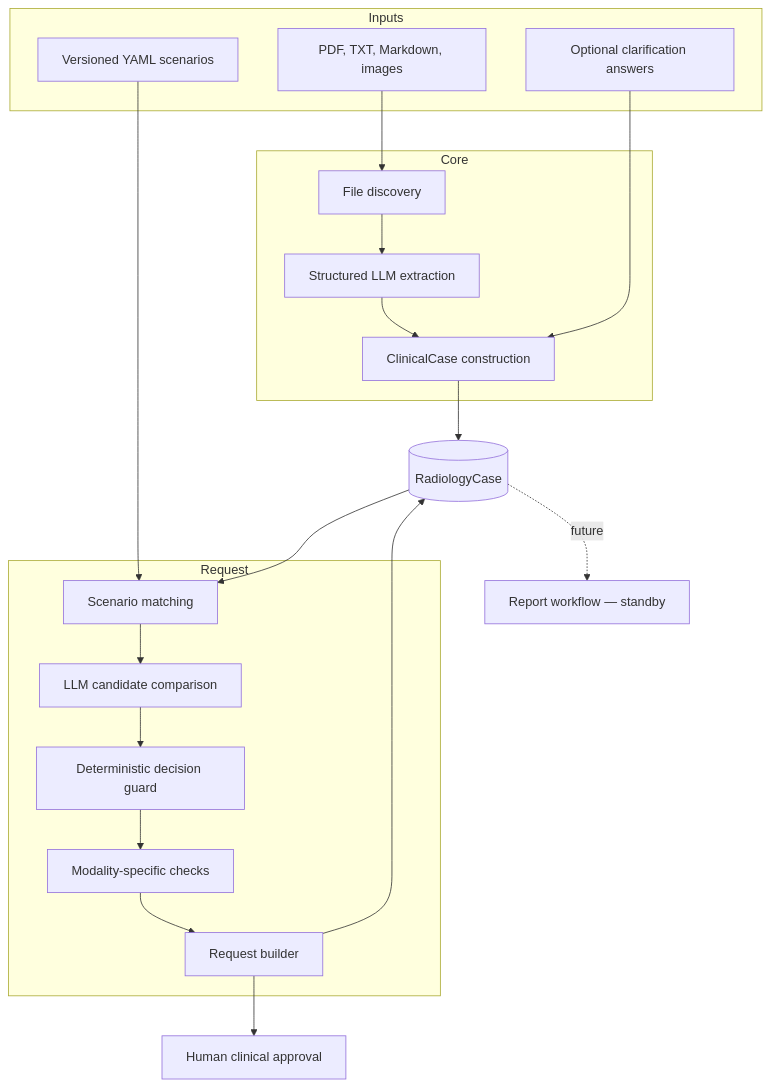
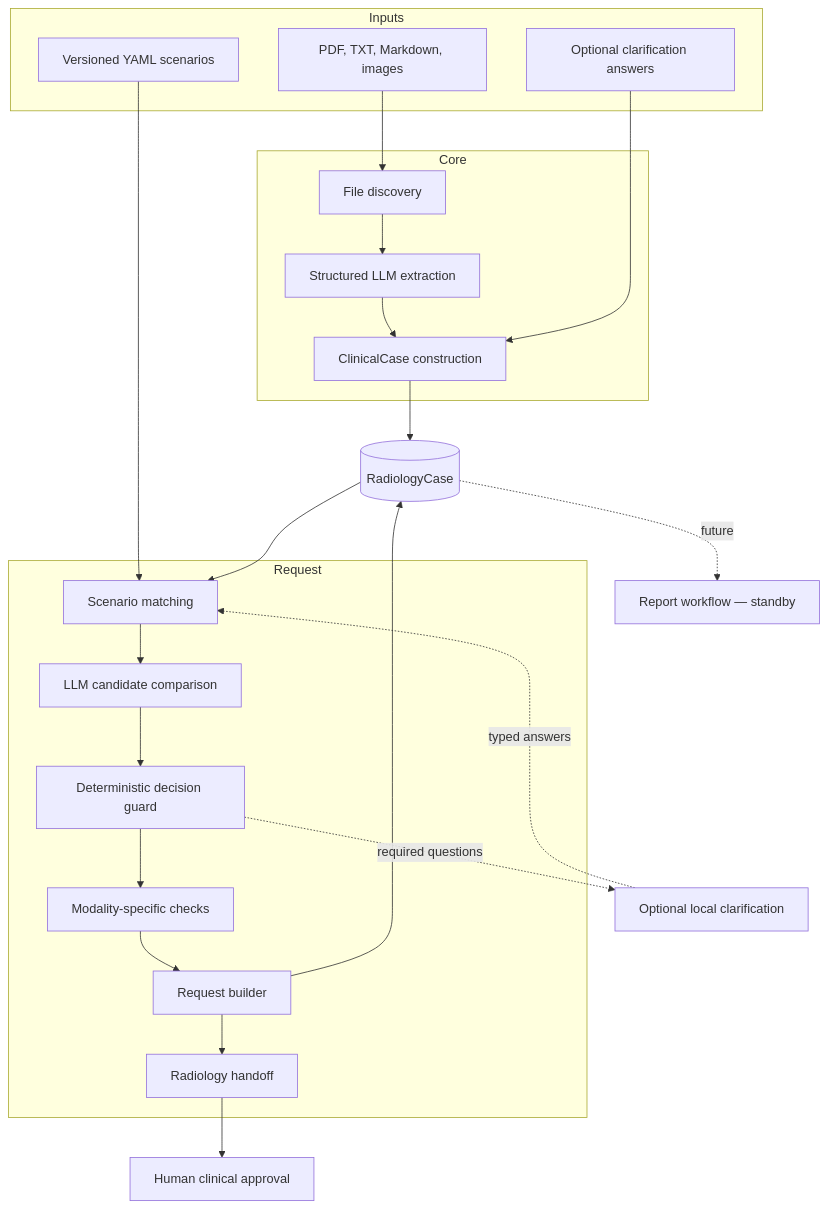
The first of 3 diagrams in docs/architecture.md (Thibescobar/bulkinout), drawn with Mermaid before and after one commit. The commit also changed other lines of this file and 50 other files, not shown here.

Commit message:
Add interactive clarification and radiology handoff

````diff
--- a/docs/architecture.md
+++ b/docs/architecture.md
@@ -7,35 +7,39 @@
 ```mermaid
 flowchart TB
     subgraph Inputs
         DOCS[PDF, TXT, Markdown, images]
         ANSWERS[Optional clarification answers]
         YAML[Versioned YAML scenarios]
     end
 
     subgraph Core
         INGEST[File discovery]
         EXTRACT[Structured LLM extraction]
         CASE[ClinicalCase construction]
     end
 
     RECORD[(RadiologyCase)]
 
     subgraph Request
         MATCH[Scenario matching]
         DECIDE[LLM candidate comparison]
         GUARD[Deterministic decision guard]
         SAFETY[Modality-specific checks]
         BUILD[Request builder]
+        HANDOFF[Radiology handoff]
     end
 
+    CLARIFY[Optional local clarification]
     REVIEW[Human clinical approval]
     REPORT[Report workflow — standby]
 
     DOCS --> INGEST --> EXTRACT --> CASE --> RECORD
     ANSWERS --> CASE
     YAML --> MATCH
-    RECORD --> MATCH --> DECIDE --> GUARD --> SAFETY --> BUILD
+    RECORD --> MATCH --> DECIDE --> GUARD --> SAFETY --> BUILD --> HANDOFF
+    GUARD -. required questions .-> CLARIFY
+    CLARIFY -. typed answers .-> MATCH
     BUILD --> RECORD
-    BUILD --> REVIEW
+    HANDOFF --> REVIEW
     RECORD -. future .-> REPORT
 ```
````
